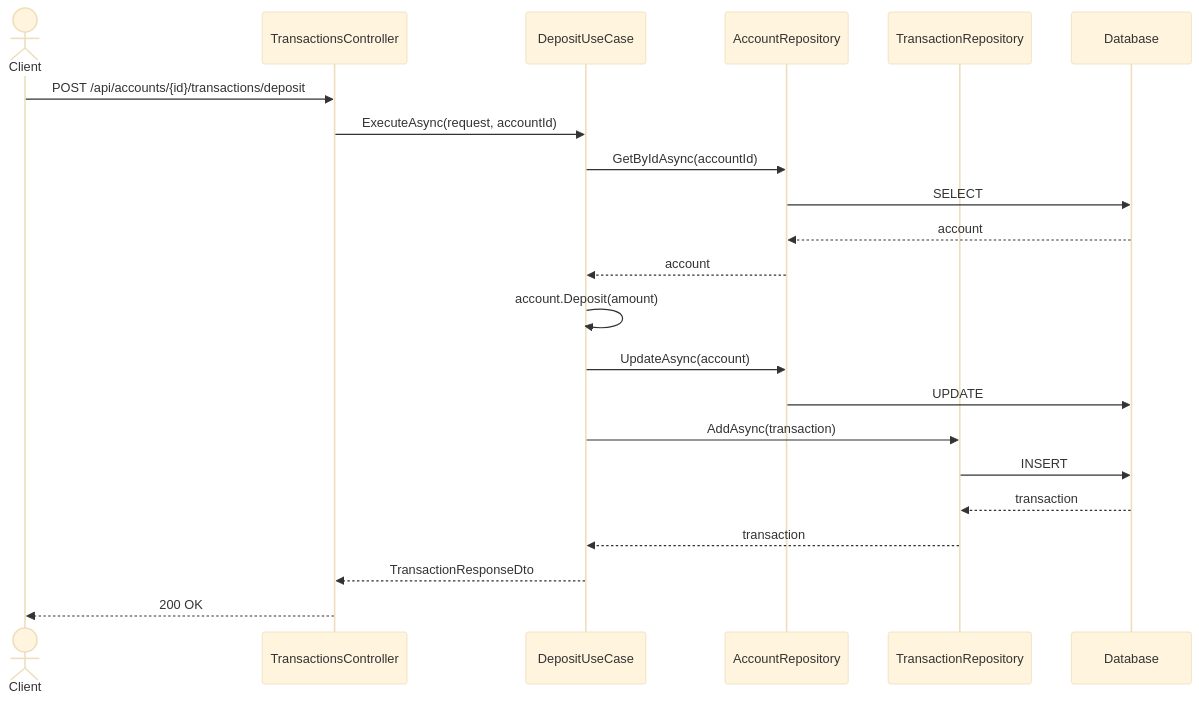
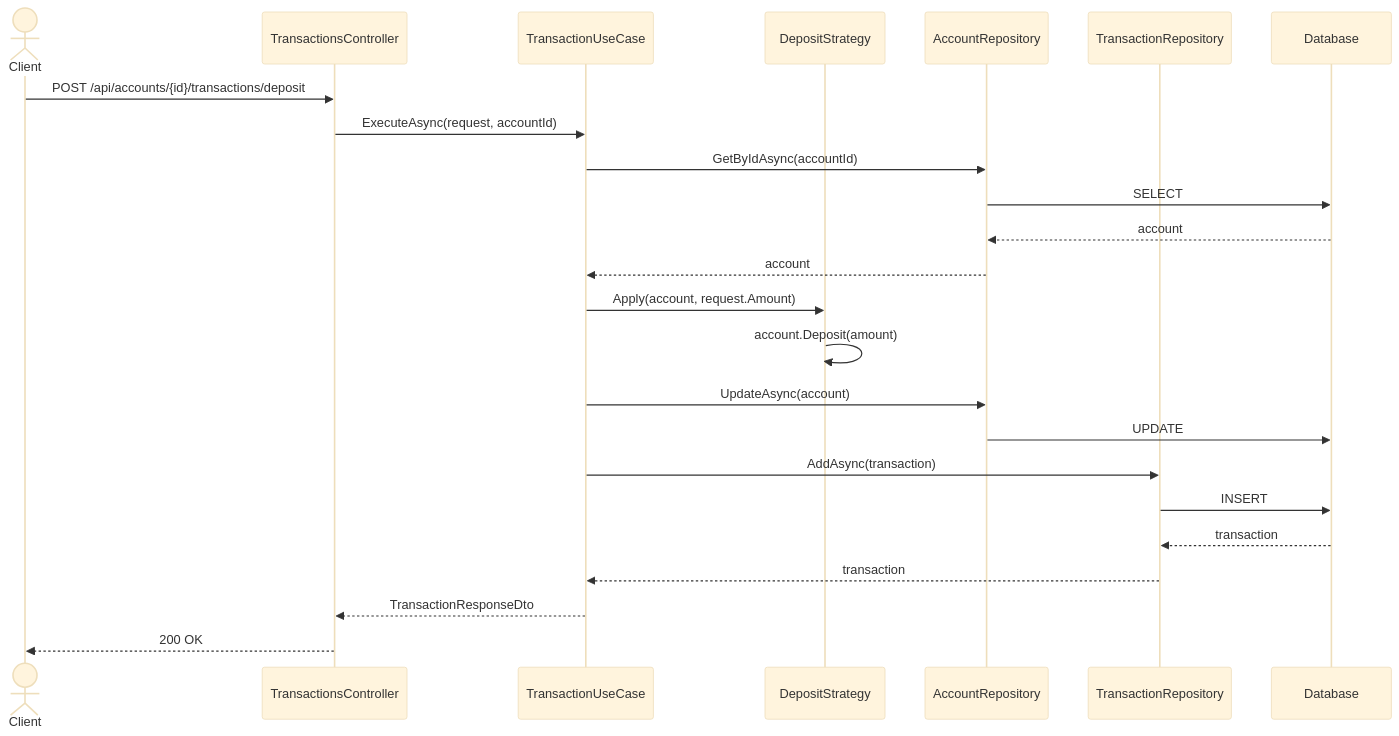
Before and after one commit to EduardoNdL/BankCrudtask: the second of 5 diagrams in README.md, drawn with Mermaid (base theme). The commit also changed other lines of this file, not shown here.

````diff
--- a/README.md
+++ b/README.md
@@ -92,25 +101,27 @@
 ```mermaid
 sequenceDiagram
     actor Client
     participant TransactionsController
-    participant DepositUseCase
+    participant TransactionUseCase
+    participant DepositStrategy
     participant AccountRepository
     participant TransactionRepository
     participant Database
 
     Client->>TransactionsController: POST /api/accounts/{id}/transactions/deposit
-    TransactionsController->>DepositUseCase: ExecuteAsync(request, accountId)
-    DepositUseCase->>AccountRepository: GetByIdAsync(accountId)
+    TransactionsController->>TransactionUseCase: ExecuteAsync(request, accountId)
+    TransactionUseCase->>AccountRepository: GetByIdAsync(accountId)
     AccountRepository->>Database: SELECT
     Database-->>AccountRepository: account
-    AccountRepository-->>DepositUseCase: account
-    DepositUseCase->>DepositUseCase: account.Deposit(amount)
-    DepositUseCase->>AccountRepository: UpdateAsync(account)
+    AccountRepository-->>TransactionUseCase: account
+    TransactionUseCase->>DepositStrategy: Apply(account, request.Amount)
+    DepositStrategy->>DepositStrategy: account.Deposit(amount)
+    TransactionUseCase->>AccountRepository: UpdateAsync(account)
     AccountRepository->>Database: UPDATE
-    DepositUseCase->>TransactionRepository: AddAsync(transaction)
+    TransactionUseCase->>TransactionRepository: AddAsync(transaction)
     TransactionRepository->>Database: INSERT
     Database-->>TransactionRepository: transaction
-    TransactionRepository-->>DepositUseCase: transaction
-    DepositUseCase-->>TransactionsController: TransactionResponseDto
+    TransactionRepository-->>TransactionUseCase: transaction
+    TransactionUseCase-->>TransactionsController: TransactionResponseDto
     TransactionsController-->>Client: 200 OK
 ```
````
